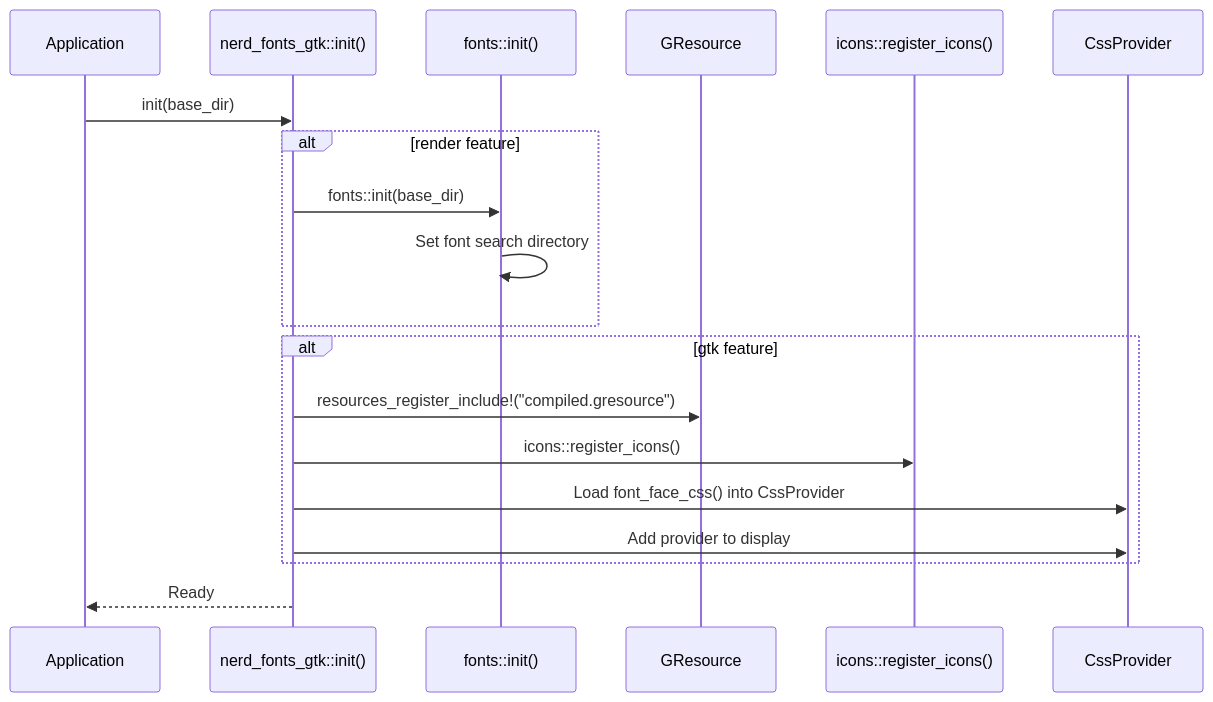
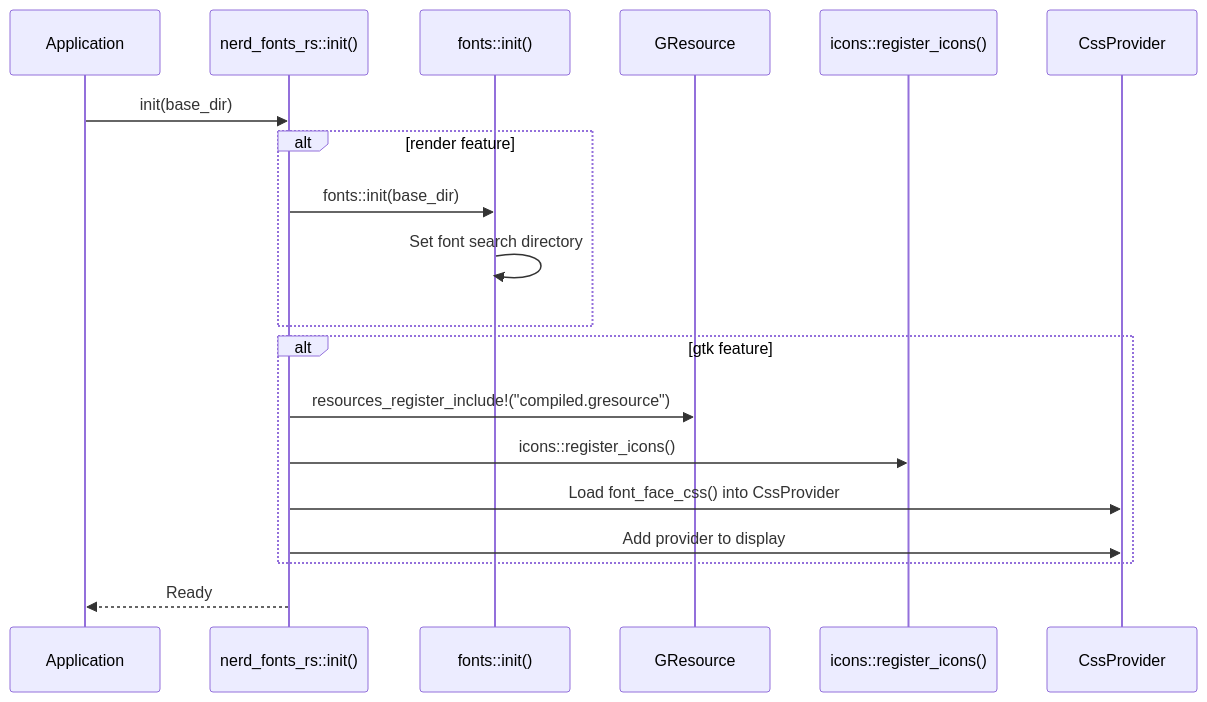
One commit to smearor/fonts-rs changed the first of 2 diagrams in book/src/architecture.md. Above: the diagram before and after it, drawn with Mermaid. The commit also changed other lines of this file and 20 other files, not shown here.

````diff
--- a/book/src/architecture.md
+++ b/book/src/architecture.md
@@ -19,22 +19,22 @@
 ```mermaid
 sequenceDiagram
     participant App as Application
-    participant Init as nerd_fonts_gtk::init()
+    participant Init as nerd_fonts_rs::init()
     participant Fonts as fonts::init()
     participant GResource as GResource
     participant Icons as icons::register_icons()
     participant CSS as CssProvider
 
     App->>Init: init(base_dir)
     alt render feature
         Init->>Fonts: fonts::init(base_dir)
         Fonts->>Fonts: Set font search directory
     end
     alt gtk feature
         Init->>GResource: resources_register_include!("compiled.gresource")
         Init->>Icons: icons::register_icons()
         Init->>CSS: Load font_face_css() into CssProvider
         Init->>CSS: Add provider to display
     end
     Init-->>App: Ready
 ```
````
